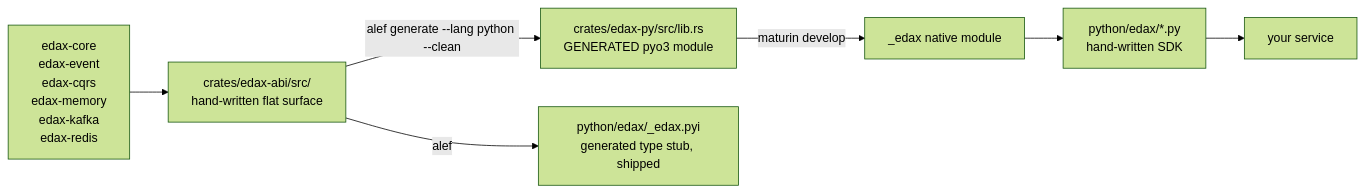
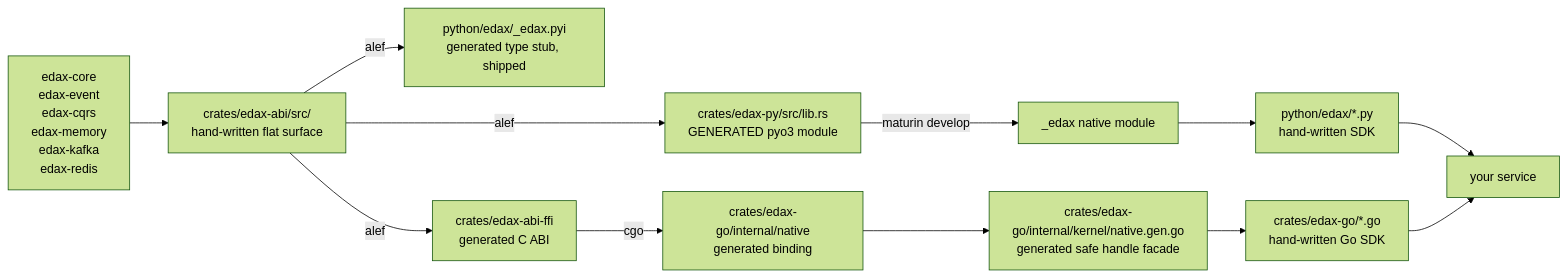
Before and after one commit to haskian/edax: the third of 4 diagrams in docs/architecture.md, drawn with Mermaid (forest theme). The commit also changed other lines of this file and 154 other files, not shown here.

````diff
--- a/docs/architecture.md
+++ b/docs/architecture.md
@@ -135,9 +137,14 @@
 ```mermaid
 flowchart LR
     K["edax-core<br/>edax-event<br/>edax-cqrs<br/>edax-memory<br/>edax-kafka<br/>edax-redis"] --> ABI["crates/edax-abi/src/<br/>hand-written flat surface"]
-    ABI -->|"alef generate --lang python --clean"| GEN["crates/edax-py/src/lib.rs<br/>GENERATED pyo3 module"]
+    ABI -->|"alef"| GEN["crates/edax-py/src/lib.rs<br/>GENERATED pyo3 module"]
     ABI -->|"alef"| STUB["python/edax/_edax.pyi<br/>generated type stub, shipped"]
     GEN -->|"maturin develop"| SO["_edax native module"]
     SO --> PKG["python/edax/*.py<br/>hand-written SDK"]
     PKG --> APP["your service"]
+    ABI -->|"alef"| FFI["crates/edax-abi-ffi<br/>generated C ABI"]
+    FFI -->|"cgo"| GO["crates/edax-go/internal/native<br/>generated binding"]
+    GO --> FACADE["crates/edax-go/internal/kernel/native.gen.go<br/>generated safe handle facade"]
+    FACADE --> SDKGO["crates/edax-go/*.go<br/>hand-written Go SDK"]
+    SDKGO --> APP
 ```
````
